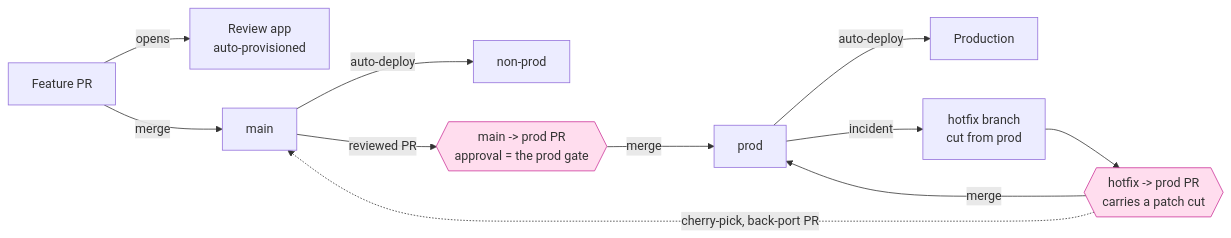
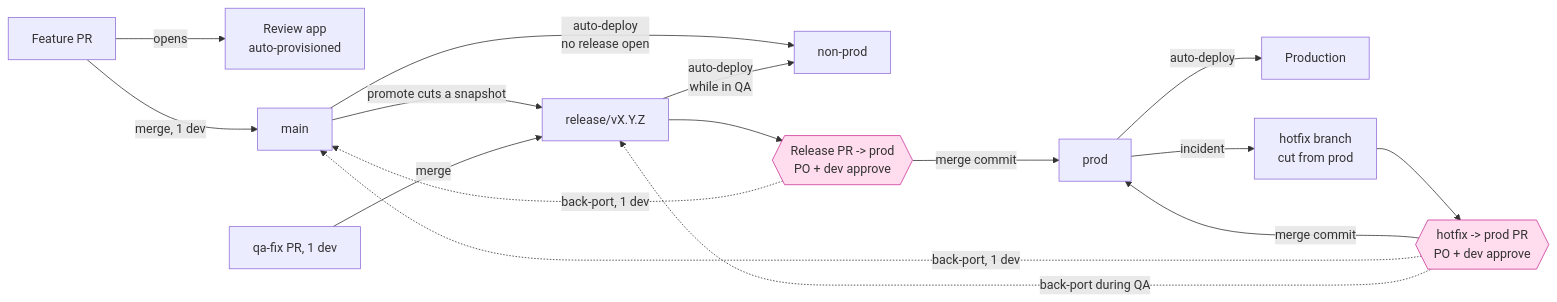
One commit to element22llc/e22-plugins changed the diagram in docs/concepts/deployment.md. Above: the diagram before and after it, drawn with Mermaid. The commit also changed other lines of this file and 42 other files, not shown here.

First line of the commit message:
feat(steer): ship releases from a release/* snapshot with automated back-ports

````diff
--- a/docs/concepts/deployment.md
+++ b/docs/concepts/deployment.md
@@ -33,16 +35,21 @@
 ```mermaid
 flowchart LR
     PR[Feature PR] -->|opens| RA[Review app<br/>auto-provisioned]
-    PR -->|merge| MAIN[main]
-    MAIN -->|auto-deploy| NONPROD[non-prod]
-    MAIN -->|reviewed PR| PRODPR{{main -> prod PR<br/>approval = the prod gate}}
-    PRODPR -->|merge| PROD[prod]
+    PR -->|merge, 1 dev| MAIN[main]
+    MAIN -->|auto-deploy<br/>no release open| NONPROD[non-prod]
+    MAIN -->|promote cuts a snapshot| REL[release/vX.Y.Z]
+    REL -->|auto-deploy<br/>while in QA| NONPROD
+    QA[qa-fix PR, 1 dev] -->|merge| REL
+    REL --> RELPR{{Release PR -> prod<br/>PO + dev approve}}
+    RELPR -->|merge commit| PROD[prod]
     PROD -->|auto-deploy| LIVE[Production]
     PROD -->|incident| HF[hotfix branch<br/>cut from prod]
-    HF --> HFPR{{hotfix -> prod PR<br/>carries a patch cut}}
-    HFPR -->|merge| PROD
-    HFPR -.->|cherry-pick, back-port PR| MAIN
+    HF --> HFPR{{hotfix -> prod PR<br/>PO + dev approve}}
+    HFPR -->|merge commit| PROD
+    RELPR -.->|back-port, 1 dev| MAIN
+    HFPR -.->|back-port, 1 dev| MAIN
+    HFPR -.->|back-port during QA| REL
 
     classDef gated fill:#fde,stroke:#c39
-    class PRODPR,HFPR gated
+    class RELPR,HFPR gated
 ```
````
